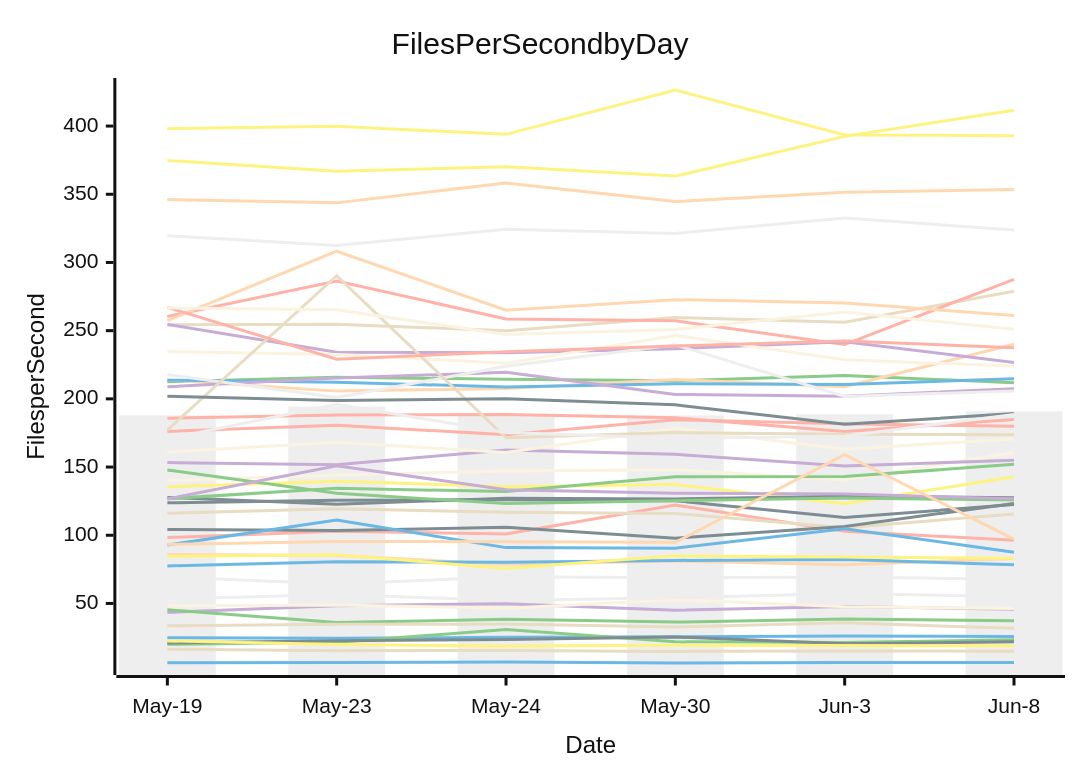
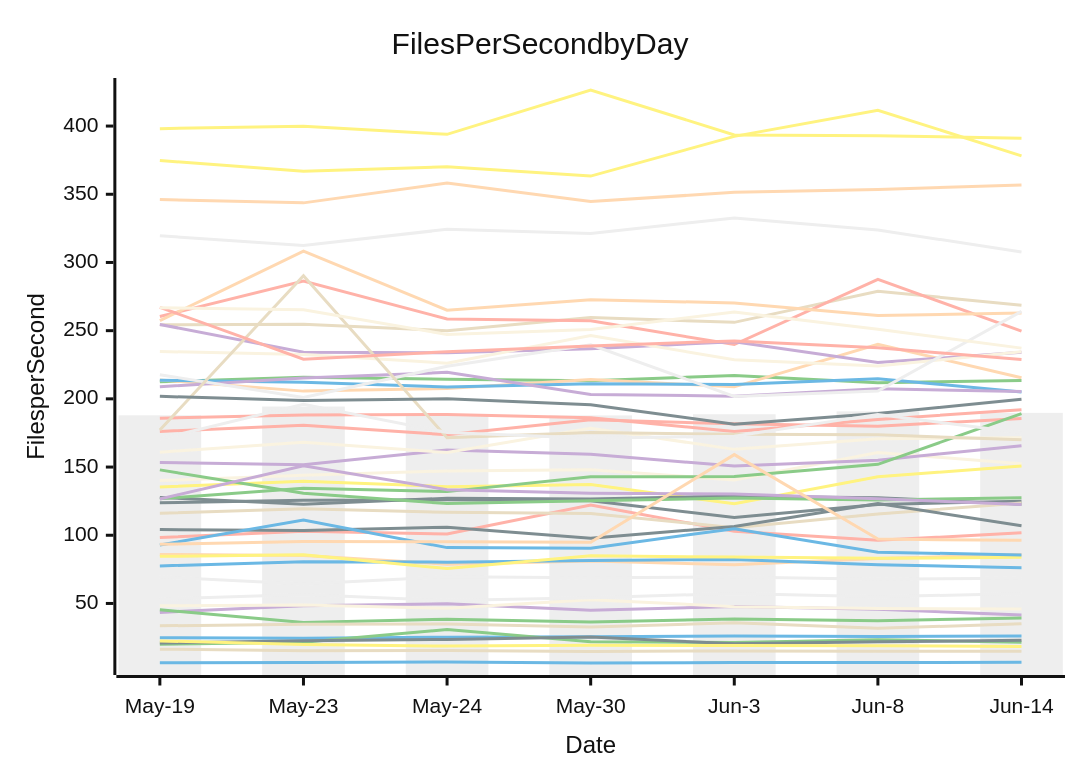
The diagram in perf-report.md (streetsidesoftware/cspell), drawn with Mermaid (neutral theme) before and after one commit. The commit also changed other lines of this file and 2 other files, not shown here.

````diff
--- a/perf-report.md
+++ b/perf-report.md
@@ -11,57 +11,57 @@
 ```mermaid
 xychart-beta
     title Files Per Second by Day
     y-axis Files per Second
-    x-axis Date [May-19, May-23, May-24, May-30, Jun-3, Jun-8]
-    bar [187.94, 194.38, 187.53, 187.84, 188.70, 190.81]
-    line [24.84, 24.48, 25.27, 25.51, 26.21, 25.84]
-    line [20.00, 21.53, 30.85, 21.86, 21.33, 23.44]
-    line [43.44, 48.37, 49.79, 45.03, 47.69, 45.74]
-    line [16.48, 15.39, 15.58, 14.86, 15.18, 15.02]
-    line [98.35, 102.96, 100.96, 122.12, 102.88, 96.25]
-    line [374.77, 366.83, 370.08, 363.31, 392.45, 411.63]
-    line [123.77, 125.73, 125.94, 125.35, 112.95, 122.50]
-    line [85.95, 85.08, 78.77, 81.14, 78.40, 83.02]
-    line [140.07, 144.01, 147.15, 148.03, 140.54, 160.74]
-    line [69.47, 64.25, 69.53, 68.78, 69.37, 67.74]
-    line [77.54, 80.59, 80.29, 81.53, 82.29, 78.36]
-    line [212.55, 215.84, 214.38, 213.29, 217.13, 211.77]
-    line [153.28, 151.73, 162.52, 159.30, 150.77, 155.04]
-    line [254.35, 254.61, 250.00, 259.58, 256.09, 278.90]
-    line [260.36, 286.42, 258.60, 257.18, 239.81, 287.65]
-    line [135.42, 139.50, 135.65, 137.15, 123.09, 142.96]
-    line [21.05, 22.73, 23.64, 25.47, 20.39, 21.85]
-    line [213.89, 205.67, 207.63, 214.21, 208.82, 240.01]
-    line [160.94, 168.26, 160.60, 178.51, 162.97, 170.78]
-    line [319.57, 312.48, 324.31, 321.30, 332.58, 323.78]
-    line [213.72, 212.23, 208.69, 211.05, 210.52, 214.78]
-    line [45.35, 36.07, 38.42, 36.32, 38.54, 37.33]
-    line [254.57, 234.26, 233.79, 236.78, 241.94, 226.60]
-    line [33.61, 34.69, 34.94, 32.78, 35.79, 31.73]
-    line [185.86, 188.16, 188.58, 186.13, 176.02, 184.92]
-    line [22.53, 19.87, 18.72, 19.42, 19.15, 19.01]
-    line [127.71, 122.71, 127.15, 126.61, 128.67, 127.50]
-    line [257.39, 308.24, 265.00, 272.73, 270.27, 261.13]
-    line [48.29, 48.86, 46.46, 52.80, 47.62, 46.28]
-    line [53.17, 56.48, 52.20, 54.24, 57.32, 54.91]
-    line [6.48, 6.70, 7.10, 6.34, 6.74, 6.70]
-    line [147.92, 130.77, 123.22, 125.33, 127.25, 125.89]
-    line [208.87, 215.23, 219.43, 203.27, 201.99, 207.37]
-    line [116.06, 119.43, 116.84, 115.92, 105.51, 115.54]
-    line [176.15, 180.59, 173.73, 184.72, 181.71, 179.92]
-    line [84.52, 85.73, 75.59, 84.88, 83.99, 83.05]
-    line [104.19, 103.43, 105.92, 97.87, 106.45, 123.34]
-    line [346.15, 343.69, 358.26, 344.65, 351.41, 353.54]
-    line [234.71, 232.57, 226.13, 246.49, 228.60, 224.05]
-    line [217.73, 200.96, 223.84, 239.63, 201.75, 205.74]
-    line [92.82, 111.10, 90.94, 90.56, 104.84, 87.60]
-    line [126.78, 134.48, 131.99, 142.83, 143.00, 151.99]
-    line [126.61, 150.87, 133.44, 130.84, 130.22, 126.80]
-    line [177.15, 290.28, 171.42, 175.26, 173.98, 173.63]
-    line [267.13, 229.05, 234.58, 238.79, 242.50, 237.41]
-    line [398.12, 399.78, 393.93, 426.44, 393.52, 392.96]
-    line [201.86, 198.76, 200.08, 195.61, 181.39, 189.21]
-    line [93.35, 95.34, 95.32, 94.79, 159.13, 97.18]
-    line [266.74, 265.26, 247.18, 250.86, 263.73, 251.08]
-    line [170.67, 195.94, 175.36, 171.10, 172.66, 188.61]
+    x-axis Date [May-19, May-23, May-24, May-30, Jun-3, Jun-8, Jun-14]
+    bar [187.94, 194.38, 187.53, 187.84, 188.70, 190.81, 189.74]
+    line [24.84, 24.48, 25.27, 25.51, 26.21, 25.84, 26.17]
+    line [20.00, 21.53, 30.85, 21.86, 21.33, 23.44, 21.55]
+    line [43.44, 48.37, 49.79, 45.03, 47.69, 45.74, 41.52]
+    line [16.48, 15.39, 15.58, 14.86, 15.18, 15.02, 14.88]
+    line [98.35, 102.96, 100.96, 122.12, 102.88, 96.25, 101.75]
+    line [374.77, 366.83, 370.08, 363.31, 392.45, 411.63, 378.10]
+    line [123.77, 125.73, 125.94, 125.35, 112.95, 122.50, 124.99]
+    line [85.95, 85.08, 78.77, 81.14, 78.40, 83.02, 85.88]
+    line [140.07, 144.01, 147.15, 148.03, 140.54, 160.74, 152.38]
+    line [69.47, 64.25, 69.53, 68.78, 69.37, 67.74, 68.52]
+    line [77.54, 80.59, 80.29, 81.53, 82.29, 78.36, 76.18]
+    line [212.55, 215.84, 214.38, 213.29, 217.13, 211.77, 213.51]
+    line [153.28, 151.73, 162.52, 159.30, 150.77, 155.04, 165.67]
+    line [254.35, 254.61, 250.00, 259.58, 256.09, 278.90, 268.71]
+    line [260.36, 286.42, 258.60, 257.18, 239.81, 287.65, 249.66]
+    line [135.42, 139.50, 135.65, 137.15, 123.09, 142.96, 150.72]
+    line [21.05, 22.73, 23.64, 25.47, 20.39, 21.85, 22.97]
+    line [213.89, 205.67, 207.63, 214.21, 208.82, 240.01, 215.51]
+    line [160.94, 168.26, 160.60, 178.51, 162.97, 170.78, 171.55]
+    line [319.57, 312.48, 324.31, 321.30, 332.58, 323.78, 307.70]
+    line [213.72, 212.23, 208.69, 211.05, 210.52, 214.78, 205.09]
+    line [45.35, 36.07, 38.42, 36.32, 38.54, 37.33, 39.30]
+    line [254.57, 234.26, 233.79, 236.78, 241.94, 226.60, 234.17]
+    line [33.61, 34.69, 34.94, 32.78, 35.79, 31.73, 35.16]
+    line [185.86, 188.16, 188.58, 186.13, 176.02, 184.92, 191.99]
+    line [22.53, 19.87, 18.72, 19.42, 19.15, 19.01, 18.44]
+    line [127.71, 122.71, 127.15, 126.61, 128.67, 127.50, 122.80]
+    line [257.39, 308.24, 265.00, 272.73, 270.27, 261.13, 262.89]
+    line [48.29, 48.86, 46.46, 52.80, 47.62, 46.28, 45.87]
+    line [53.17, 56.48, 52.20, 54.24, 57.32, 54.91, 57.26]
+    line [6.48, 6.70, 7.10, 6.34, 6.74, 6.70, 6.80]
+    line [147.92, 130.77, 123.22, 125.33, 127.25, 125.89, 127.54]
+    line [208.87, 215.23, 219.43, 203.27, 201.99, 207.37, 205.44]
+    line [116.06, 119.43, 116.84, 115.92, 105.51, 115.54, 123.73]
+    line [176.15, 180.59, 173.73, 184.72, 181.71, 179.92, 185.60]
+    line [84.52, 85.73, 75.59, 84.88, 83.99, 83.05, 83.86]
+    line [104.19, 103.43, 105.92, 97.87, 106.45, 123.34, 106.94]
+    line [346.15, 343.69, 358.26, 344.65, 351.41, 353.54, 356.80]
+    line [234.71, 232.57, 226.13, 246.49, 228.60, 224.05, 234.55]
+    line [217.73, 200.96, 223.84, 239.63, 201.75, 205.74, 264.11]
+    line [92.82, 111.10, 90.94, 90.56, 104.84, 87.60, 85.55]
+    line [126.78, 134.48, 131.99, 142.83, 143.00, 151.99, 189.15]
+    line [126.61, 150.87, 133.44, 130.84, 130.22, 126.80, 122.61]
+    line [177.15, 290.28, 171.42, 175.26, 173.98, 173.63, 170.01]
+    line [267.13, 229.05, 234.58, 238.79, 242.50, 237.41, 228.82]
+    line [398.12, 399.78, 393.93, 426.44, 393.52, 392.96, 390.98]
+    line [201.86, 198.76, 200.08, 195.61, 181.39, 189.21, 199.66]
+    line [93.35, 95.34, 95.32, 94.79, 159.13, 97.18, 96.25]
+    line [266.74, 265.26, 247.18, 250.86, 263.73, 251.08, 237.19]
+    line [170.67, 195.94, 175.36, 171.10, 172.66, 188.61, 175.16]
 ```
````
